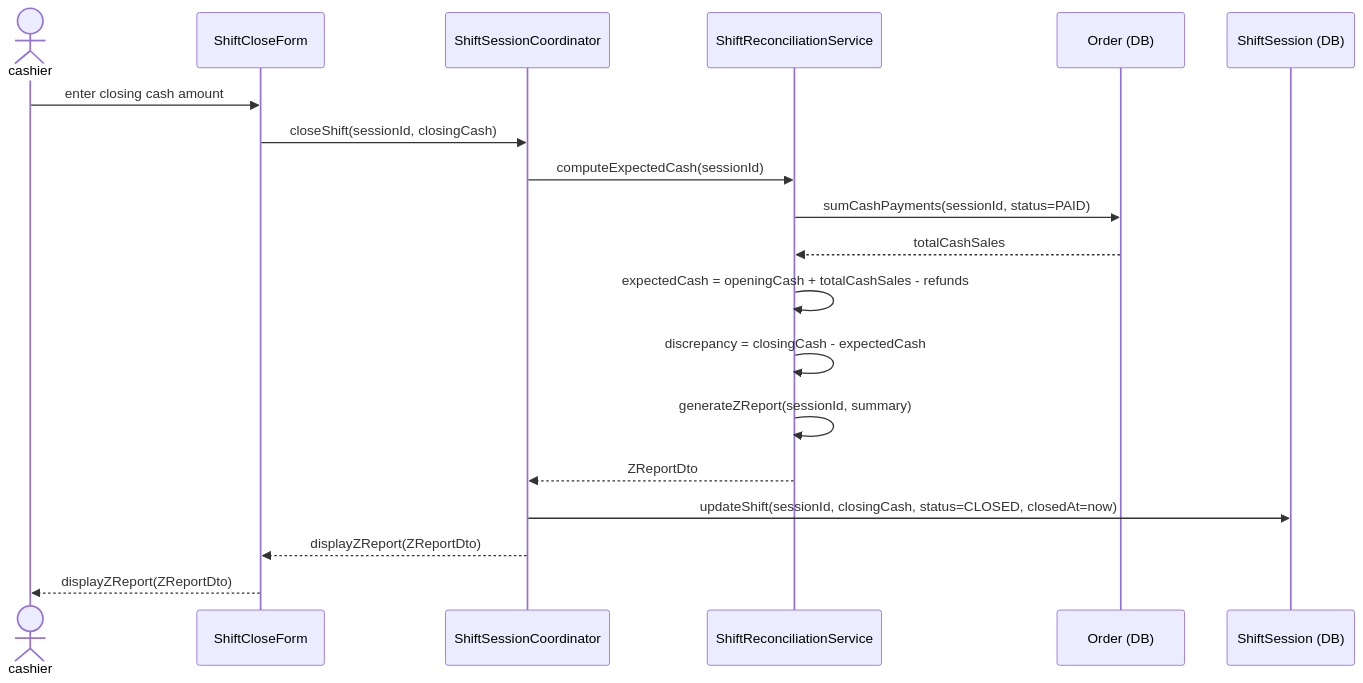
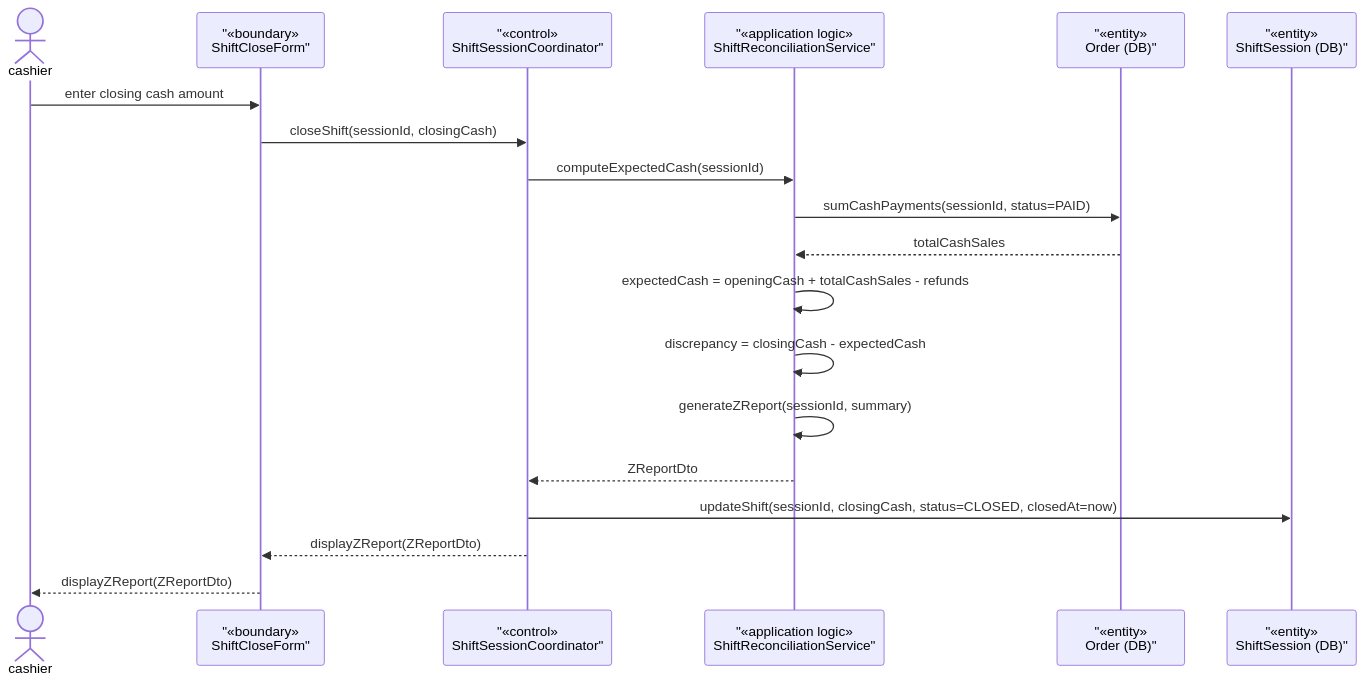
The fifth of 6 diagrams in rds_sections/10_detailed_3_7_pos_transaction.md (Shaichi/Khoga_coffe_shop), drawn with Mermaid before and after one commit. The commit also changed other lines of this file and 13 other files, not shown here.

````diff
--- a/rds_sections/10_detailed_3_7_pos_transaction.md
+++ b/rds_sections/10_detailed_3_7_pos_transaction.md
@@ -244,22 +244,22 @@
 ```mermaid
 sequenceDiagram
     actor cashier
-    participant CloseForm as ShiftCloseForm
-    participant ShiftCoord as ShiftSessionCoordinator
-    participant ReconcileSvc as ShiftReconciliationService
-    participant OrderDB as Order (DB)
-    participant ShiftDB as ShiftSession (DB)
+participant CloseForm as "«boundary»<br/>ShiftCloseForm"
+participant ShiftCoord as "«control»<br/>ShiftSessionCoordinator"
+participant ReconcileSvc as "«application logic»<br/>ShiftReconciliationService"
+participant OrderDB as "«entity»<br/>Order (DB)"
+participant ShiftDB as "«entity»<br/>ShiftSession (DB)"
 
     cashier->>CloseForm: enter closing cash amount
     CloseForm->>ShiftCoord: closeShift(sessionId, closingCash)
     ShiftCoord->>ReconcileSvc: computeExpectedCash(sessionId)
     ReconcileSvc->>OrderDB: sumCashPayments(sessionId, status=PAID)
     OrderDB-->>ReconcileSvc: totalCashSales
     ReconcileSvc->>ReconcileSvc: expectedCash = openingCash + totalCashSales - refunds
     ReconcileSvc->>ReconcileSvc: discrepancy = closingCash - expectedCash
     ReconcileSvc->>ReconcileSvc: generateZReport(sessionId, summary)
     ReconcileSvc-->>ShiftCoord: ZReportDto
     ShiftCoord->>ShiftDB: updateShift(sessionId, closingCash, status=CLOSED, closedAt=now)
     ShiftCoord-->>CloseForm: displayZReport(ZReportDto)
     CloseForm-->>cashier: displayZReport(ZReportDto)
 ```
````
